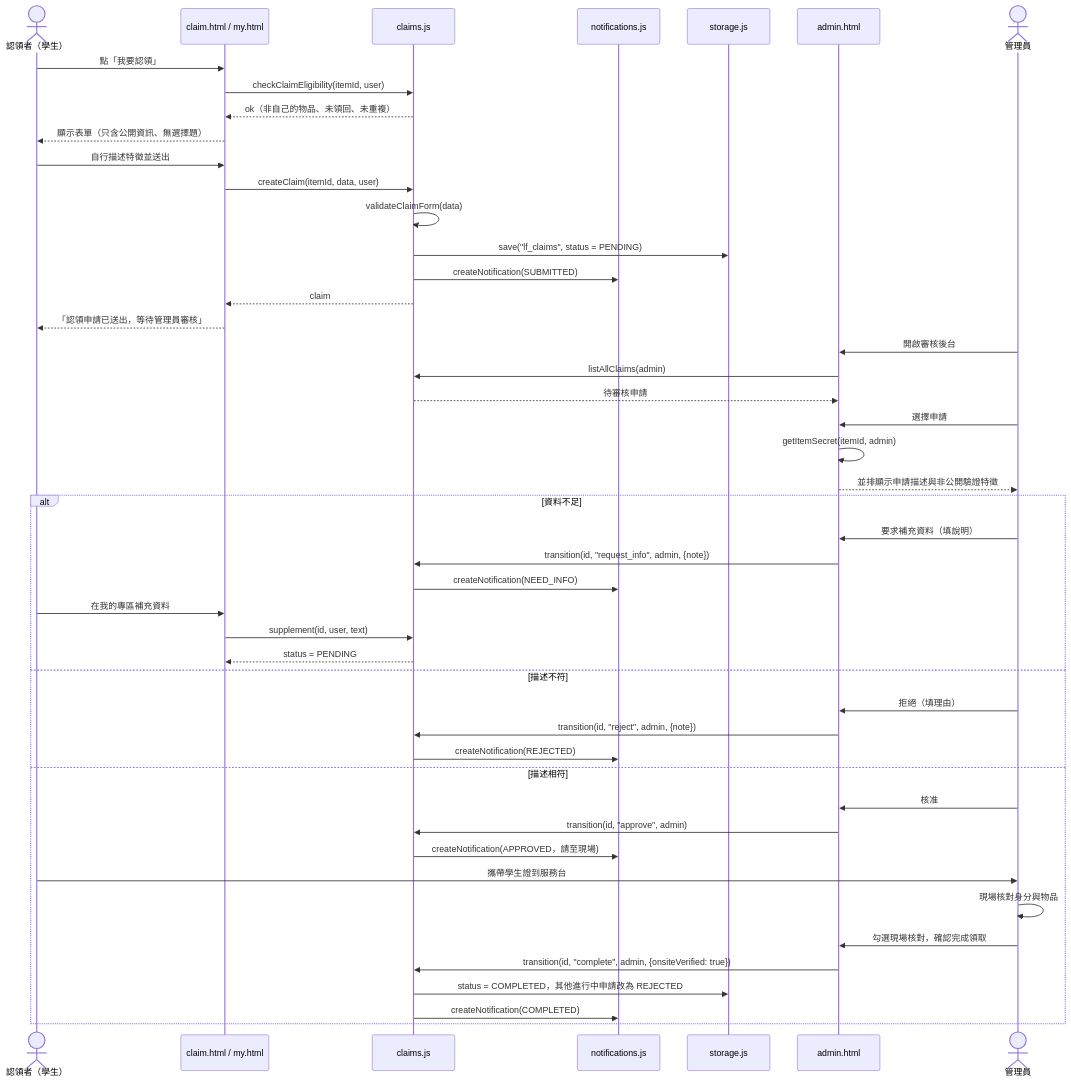
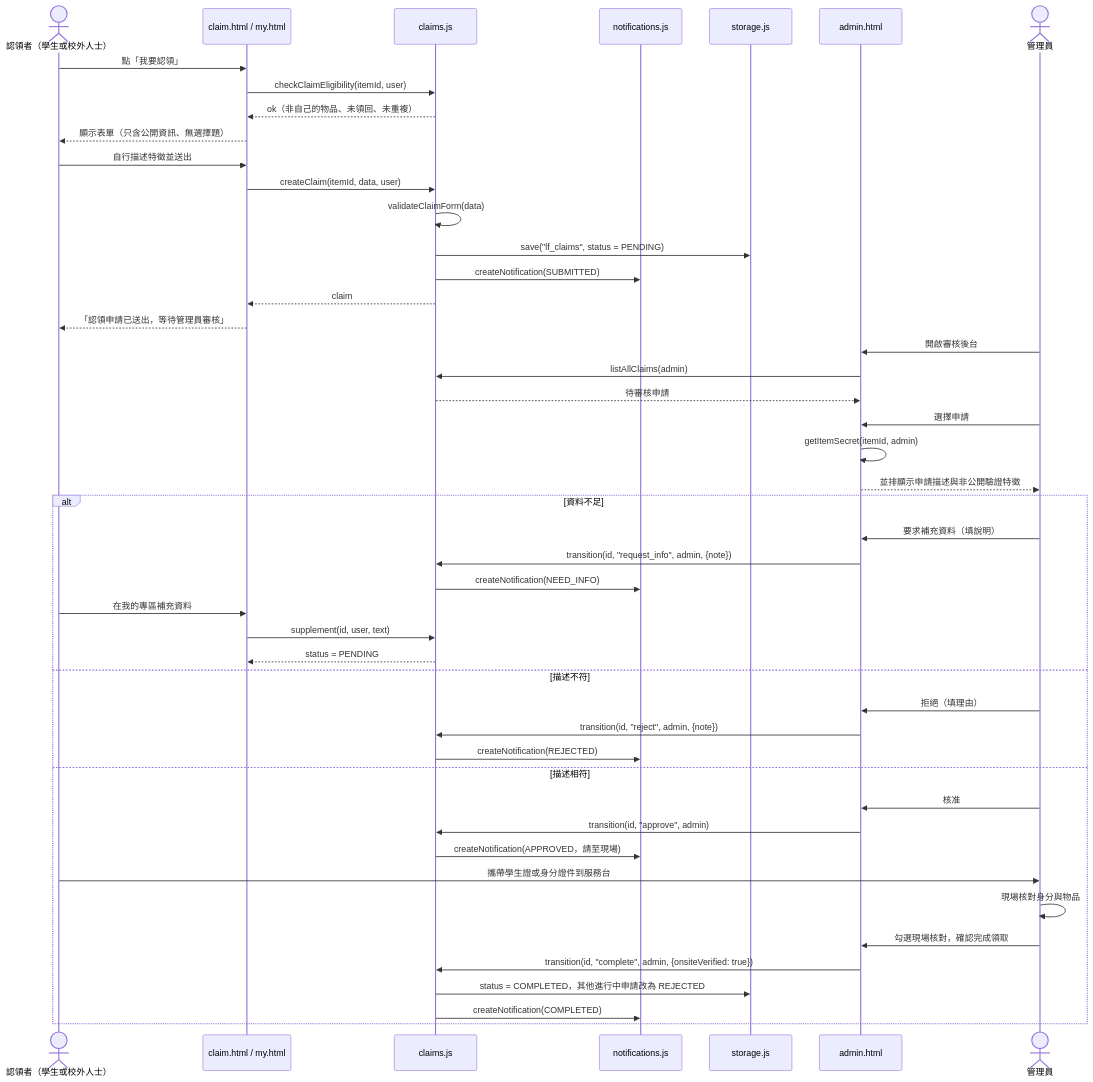
The fifth of 8 diagrams in hw4.md (ymnu-sys/-), drawn with Mermaid before and after one commit. The commit also changed other lines of this file and 19 other files, not shown here.

````diff
--- a/hw4.md
+++ b/hw4.md
@@ -229,51 +231,51 @@
 ```mermaid
 sequenceDiagram
-    actor C as 認領者（學生）
+    actor C as 認領者（學生或校外人士）
     participant CP as claim.html / my.html
     participant CL as claims.js
     participant N as notifications.js
     participant S as storage.js
     participant AP as admin.html
     actor AD as 管理員
 
     C->>CP: 點「我要認領」
     CP->>CL: checkClaimEligibility(itemId, user)
     CL-->>CP: ok（非自己的物品、未領回、未重複）
     CP-->>C: 顯示表單（只含公開資訊、無選擇題）
     C->>CP: 自行描述特徵並送出
     CP->>CL: createClaim(itemId, data, user)
     CL->>CL: validateClaimForm(data)
     CL->>S: save("lf_claims", status = PENDING)
     CL->>N: createNotification(SUBMITTED)
     CL-->>CP: claim
     CP-->>C: 「認領申請已送出，等待管理員審核」
 
     AD->>AP: 開啟審核後台
     AP->>CL: listAllClaims(admin)
     CL-->>AP: 待審核申請
     AD->>AP: 選擇申請
     AP->>AP: getItemSecret(itemId, admin)
     AP-->>AD: 並排顯示申請描述與非公開驗證特徵
     alt 資料不足
         AD->>AP: 要求補充資料（填說明）
         AP->>CL: transition(id, "request_info", admin, {note})
         CL->>N: createNotification(NEED_INFO)
         C->>CP: 在我的專區補充資料
         CP->>CL: supplement(id, user, text)
         CL-->>CP: status = PENDING
     else 描述不符
         AD->>AP: 拒絕（填理由）
         AP->>CL: transition(id, "reject", admin, {note})
         CL->>N: createNotification(REJECTED)
     else 描述相符
         AD->>AP: 核准
         AP->>CL: transition(id, "approve", admin)
         CL->>N: createNotification(APPROVED，請至現場)
-        C->>AD: 攜帶學生證到服務台
+        C->>AD: 攜帶學生證或身分證件到服務台
         AD->>AD: 現場核對身分與物品
         AD->>AP: 勾選現場核對，確認完成領取
         AP->>CL: transition(id, "complete", admin, {onsiteVerified: true})
         CL->>S: status = COMPLETED，其他進行中申請改為 REJECTED
         CL->>N: createNotification(COMPLETED)
     end
 ```
````
